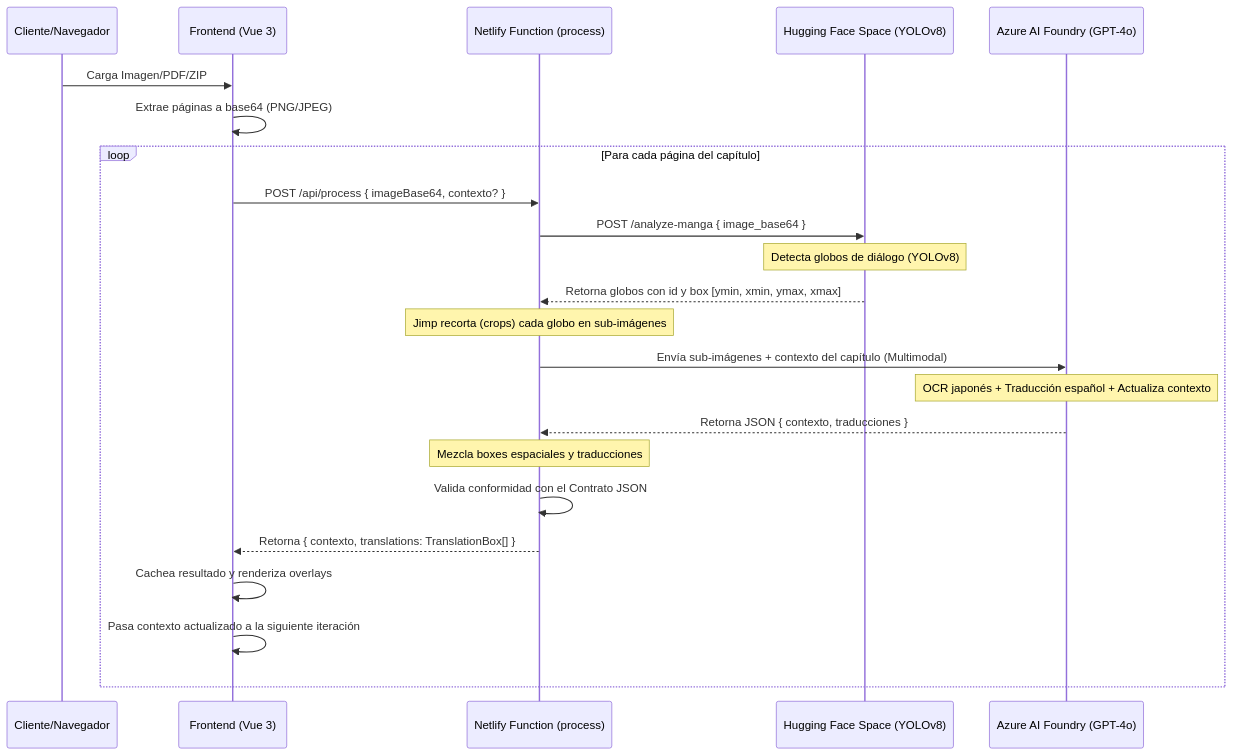
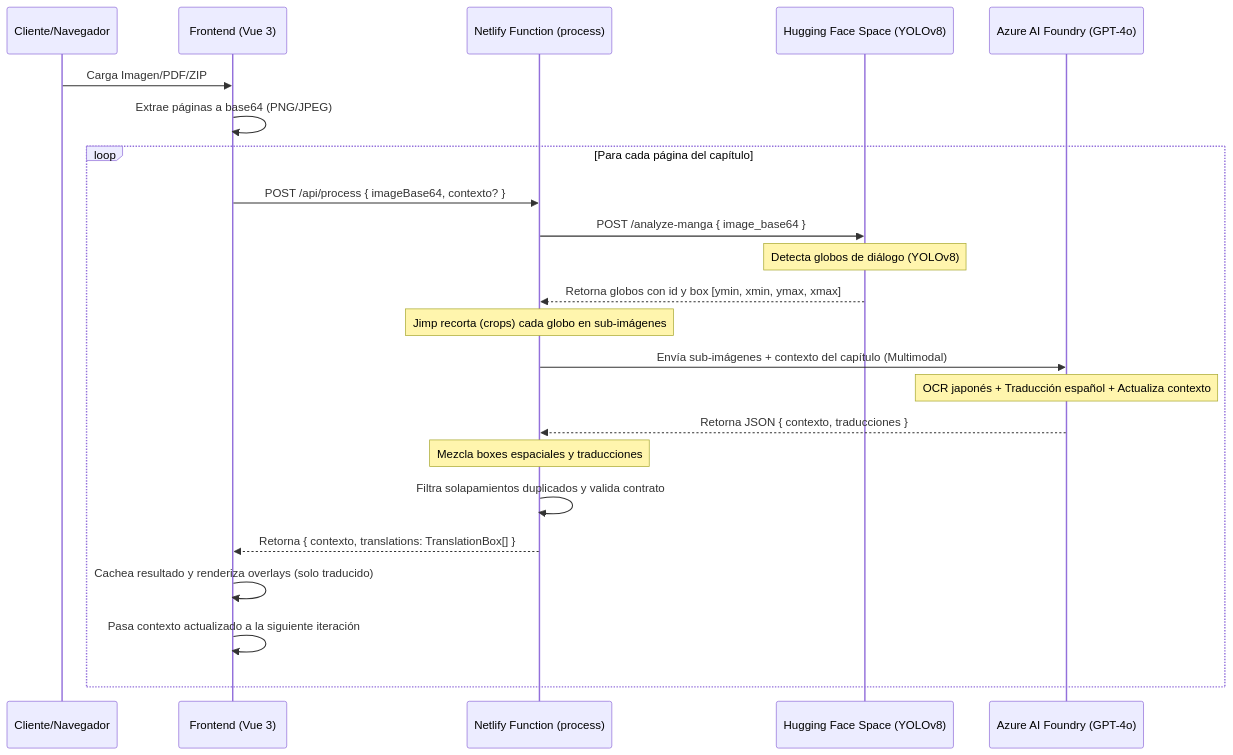
One commit to CoffeeBreak03/tp-integrador-ia changed the diagram in agents/AGENTS.md. Above: the diagram before and after it, drawn with Mermaid. The commit also changed other lines of this file and 22 other files, not shown here.

````diff
--- a/agents/AGENTS.md
+++ b/agents/AGENTS.md
@@ -22,26 +22,26 @@
 ```mermaid
 sequenceDiagram
     participant Usuario as Cliente/Navegador
     participant Front as Frontend (Vue 3)
     participant Back as Netlify Function (process)
     participant HF as Hugging Face Space (YOLOv8)
     participant GPT as Azure AI Foundry (GPT-4o)
 
     Usuario->>Front: Carga Imagen/PDF/ZIP
     Front->>Front: Extrae páginas a base64 (PNG/JPEG)
     loop Para cada página del capítulo
         Front->>Back: POST /api/process { imageBase64, contexto? }
         Back->>HF: POST /analyze-manga { image_base64 }
         Note over HF: Detecta globos de diálogo (YOLOv8)
         HF-->>Back: Retorna globos con id y box [ymin, xmin, ymax, xmax]
         Note over Back: Jimp recorta (crops) cada globo en sub-imágenes
         Back->>GPT: Envía sub-imágenes + contexto del capítulo (Multimodal)
         Note over GPT: OCR japonés + Traducción español + Actualiza contexto
         GPT-->>Back: Retorna JSON { contexto, traducciones }
         Note over Back: Mezcla boxes espaciales y traducciones
-        Back->>Back: Valida conformidad con el Contrato JSON
+        Back->>Back: Filtra solapamientos duplicados y valida contrato
         Back-->>Front: Retorna { contexto, translations: TranslationBox[] }
-        Front->>Front: Cachea resultado y renderiza overlays
+        Front->>Front: Cachea resultado y renderiza overlays (solo traducido)
         Front->>Front: Pasa contexto actualizado a la siguiente iteración
     end
 ```
````
